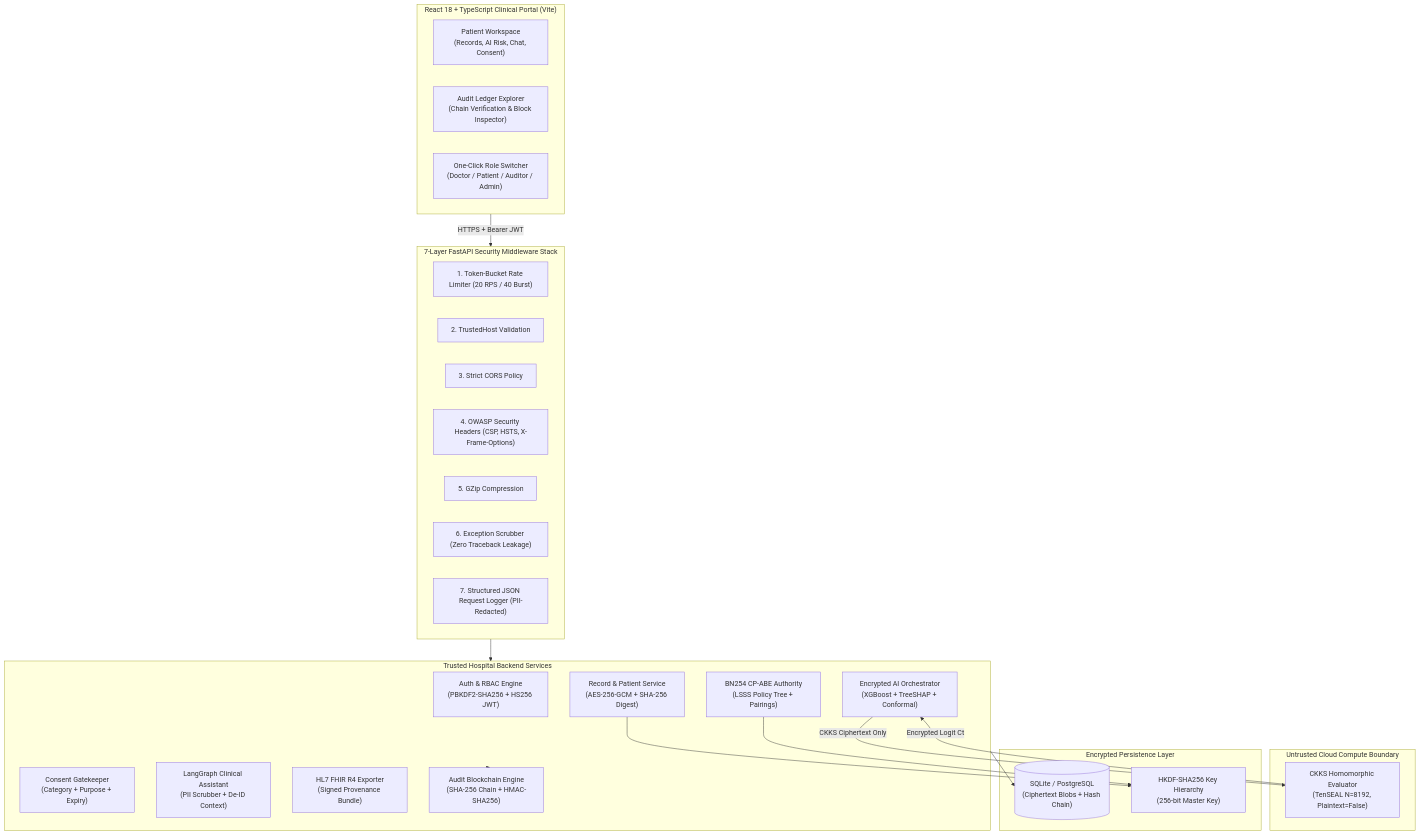
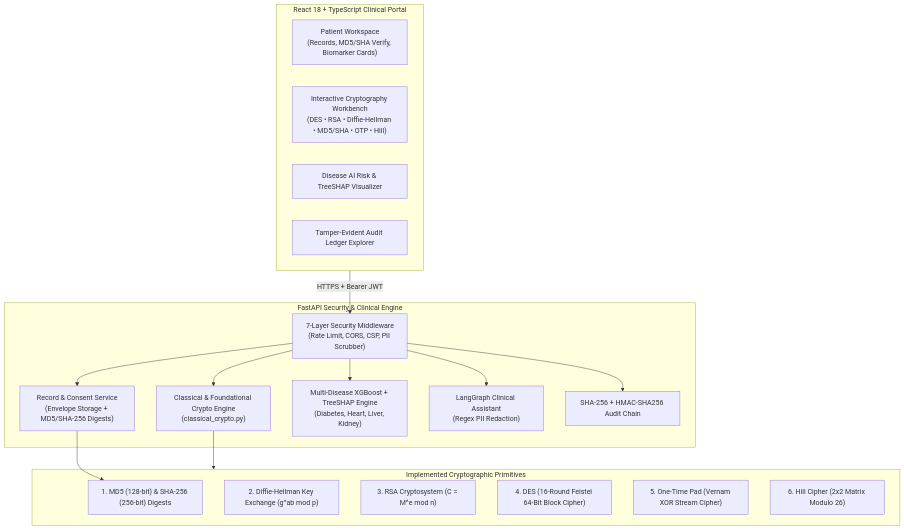
Before and after one commit to ezylopx5/secure-ehr: the diagram in docs/PROJECT_REPORT.md, drawn with Mermaid. The commit also changed other lines of this file and 19 other files, not shown here.

Commit message:
feat(crypto): implement MD5, SHA-256, Diffie-Hellman, RSA, DES, OTP, and Hill Cipher with interactive Crypto Lab UI

````diff
--- a/docs/PROJECT_REPORT.md
+++ b/docs/PROJECT_REPORT.md
@@ -42,47 +45,36 @@
 ```mermaid
 flowchart TB
-    subgraph Client["React 18 + TypeScript Clinical Portal (Vite)"]
-        UI_WS["Patient Workspace\n(Records, AI Risk, Chat, Consent)"]
-        UI_AUDIT["Audit Ledger Explorer\n(Chain Verification & Block Inspector)"]
-        ROLE_SW["One-Click Role Switcher\n(Doctor / Patient / Auditor / Admin)"]
+    subgraph Client["React 18 + TypeScript Clinical Portal"]
+        WS["Patient Workspace\n(Records, MD5/SHA Verify, Biomarker Cards)"]
+        LAB["Interactive Cryptography Workbench\n(DES • RSA • Diffie-Hellman • MD5/SHA • OTP • Hill)"]
+        AI_UI["Disease AI Risk & TreeSHAP Visualizer"]
+        AUDIT_UI["Tamper-Evident Audit Ledger Explorer"]
     end
 
-    subgraph Edge["7-Layer FastAPI Security Middleware Stack"]
-        MW1["1. Token-Bucket Rate Limiter (20 RPS / 40 Burst)"]
-        MW2["2. TrustedHost Validation"]
-        MW3["3. Strict CORS Policy"]
-        MW4["4. OWASP Security Headers (CSP, HSTS, X-Frame-Options)"]
-        MW5["5. GZip Compression"]
-        MW6["6. Exception Scrubber (Zero Traceback Leakage)"]
-        MW7["7. Structured JSON Request Logger (PII-Redacted)"]
+    subgraph Backend["FastAPI Security & Clinical Engine"]
+        MW["7-Layer Security Middleware\n(Rate Limit, CORS, CSP, PII Scrubber)"]
+        CLASSICAL["Classical & Foundational Crypto Engine\n(classical_crypto.py)"]
+        REC["Record & Consent Service\n(Envelope Storage + MD5/SHA-256 Digests)"]
+        ML["Multi-Disease XGBoost + TreeSHAP Engine\n(Diabetes, Heart, Liver, Kidney)"]
+        CHAT["LangGraph Clinical Assistant\n(Regex PII Redaction)"]
+        AUDIT["SHA-256 + HMAC-SHA256 Audit Chain"]
     end
 
-    subgraph Core["Trusted Hospital Backend Services"]
-        AUTH["Auth & RBAC Engine\n(PBKDF2-SHA256 + HS256 JWT)"]
-        CONSENT["Consent Gatekeeper\n(Category + Purpose + Expiry)"]
-        REC_SVC["Record & Patient Service\n(AES-256-GCM + SHA-256 Digest)"]
-        ABE_SVC["BN254 CP-ABE Authority\n(LSSS Policy Tree + Pairings)"]
-        PRED_SVC["Encrypted AI Orchestrator\n(XGBoost + TreeSHAP + Conformal)"]
-        CHAT_SVC["LangGraph Clinical Assistant\n(PII Scrubber + De-ID Context)"]
-        FHIR_SVC["HL7 FHIR R4 Exporter\n(Signed Provenance Bundle)"]
-        AUDIT_SVC["Audit Blockchain Engine\n(SHA-256 Chain + HMAC-SHA256)"]
+    subgraph Algorithms["Implemented Cryptographic Primitives"]
+        A1["1. MD5 (128-bit) & SHA-256 (256-bit) Digests"]
+        A2["2. Diffie-Hellman Key Exchange (g^ab mod p)"]
+        A3["3. RSA Cryptosystem (C = M^e mod n)"]
+        A4["4. DES (16-Round Feistel 64-Bit Block Cipher)"]
+        A5["5. One-Time Pad (Vernam XOR Stream Cipher)"]
+        A6["6. Hill Cipher (2x2 Matrix Modulo 26)"]
     end
 
-    subgraph Untrusted["Untrusted Cloud Compute Boundary"]
-        CKKS_CLOUD["CKKS Homomorphic Evaluator\n(TenSEAL N=8192, Plaintext=False)"]
-    end
-
-    subgraph Storage["Encrypted Persistence Layer"]
-        DB[("SQLite / PostgreSQL\n(Ciphertext Blobs + Hash Chain)")]
-        KMS["HKDF-SHA256 Key Hierarchy\n(256-bit Master Key)"]
-    end
-
-    Client -->|HTTPS + Bearer JWT| Edge
-    Edge --> Core
-    REC_SVC --> KMS
-    ABE_SVC --> KMS
-    PRED_SVC -->|CKKS Ciphertext Only| CKKS_CLOUD
-    CKKS_CLOUD -->|Encrypted Logit Ct| PRED_SVC
-    Core --> AUDIT_SVC
-    Core --> DB
+    Client -->|HTTPS + Bearer JWT| MW
+    MW --> CLASSICAL
+    MW --> REC
+    MW --> ML
+    MW --> CHAT
+    MW --> AUDIT
+    CLASSICAL --> Algorithms
+    REC --> A1
 ```
````
